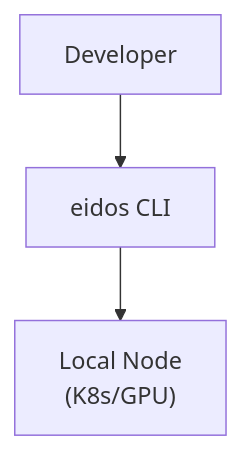
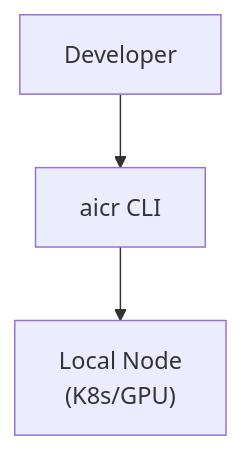
Before and after one commit to hkii/aicr: the first of 15 diagrams in docs/contributor/README.md, drawn with Mermaid. The commit also changed other lines of this file and 381 other files, not shown here.

First line of the commit message:
rename: eidos → aicr (AI Cluster Runtime)

````diff
--- a/docs/contributor/README.md
+++ b/docs/contributor/README.md
@@ -261,5 +261,5 @@
 ```mermaid
 flowchart TD
-    A["Developer"] --> B["eidos CLI"]
+    A["Developer"] --> B["aicr CLI"]
     B --> C["Local Node<br/>(K8s/GPU)"]
 ```
````
